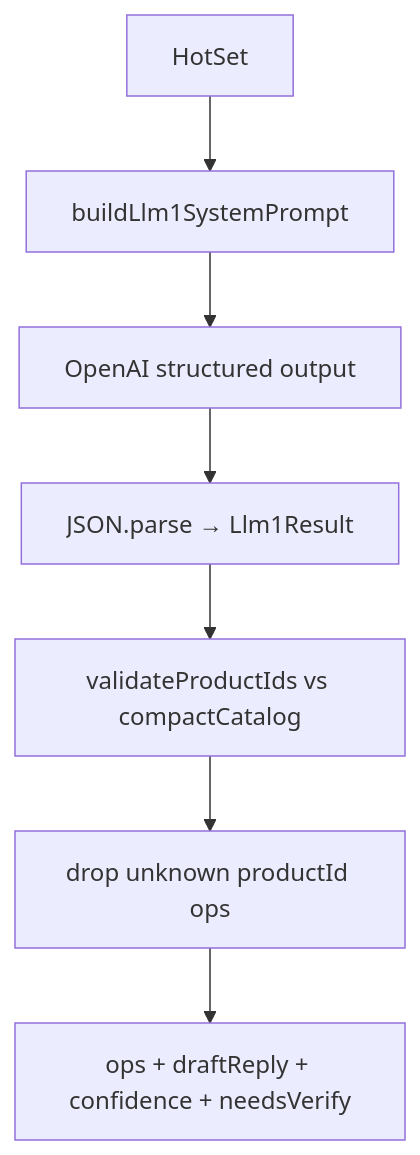
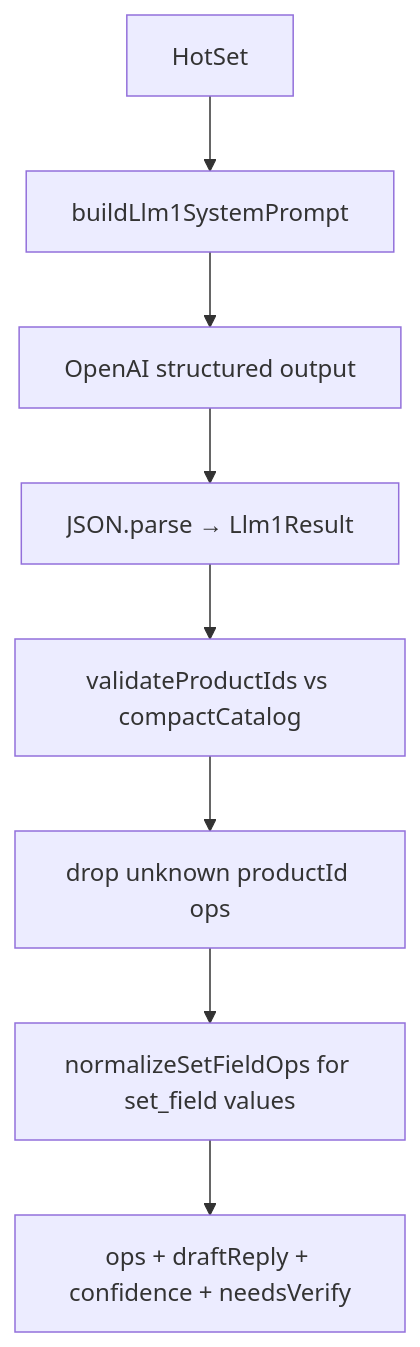
Before and after one commit to roshan-1904/chatlogix-gowtham: the seventh of 10 diagrams in docs/INCOMING_RESPONSE_GENERATOR_FLOW.md, drawn with Mermaid. The commit also changed other lines of this file and 31 other files, not shown here.

````diff
--- a/docs/INCOMING_RESPONSE_GENERATOR_FLOW.md
+++ b/docs/INCOMING_RESPONSE_GENERATOR_FLOW.md
@@ -268,9 +271,10 @@
 ```mermaid
 flowchart TD
   HS[HotSet] --> SYS[buildLlm1SystemPrompt]
   SYS --> API[OpenAI structured output]
   API --> PARSE[JSON.parse → Llm1Result]
   PARSE --> VAL[validateProductIds vs compactCatalog]
   VAL --> DROP[drop unknown productId ops]
-  DROP --> OUT[ops + draftReply + confidence + needsVerify]
+  DROP --> NORM[normalizeSetFieldOps for set_field values]
+  NORM --> OUT[ops + draftReply + confidence + needsVerify]
 ```
````
